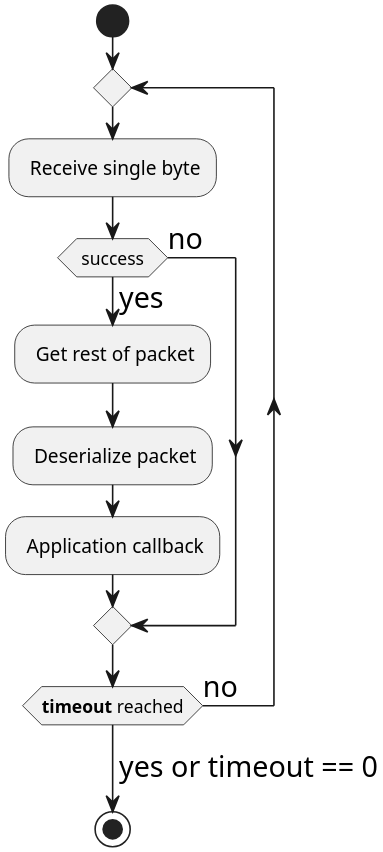
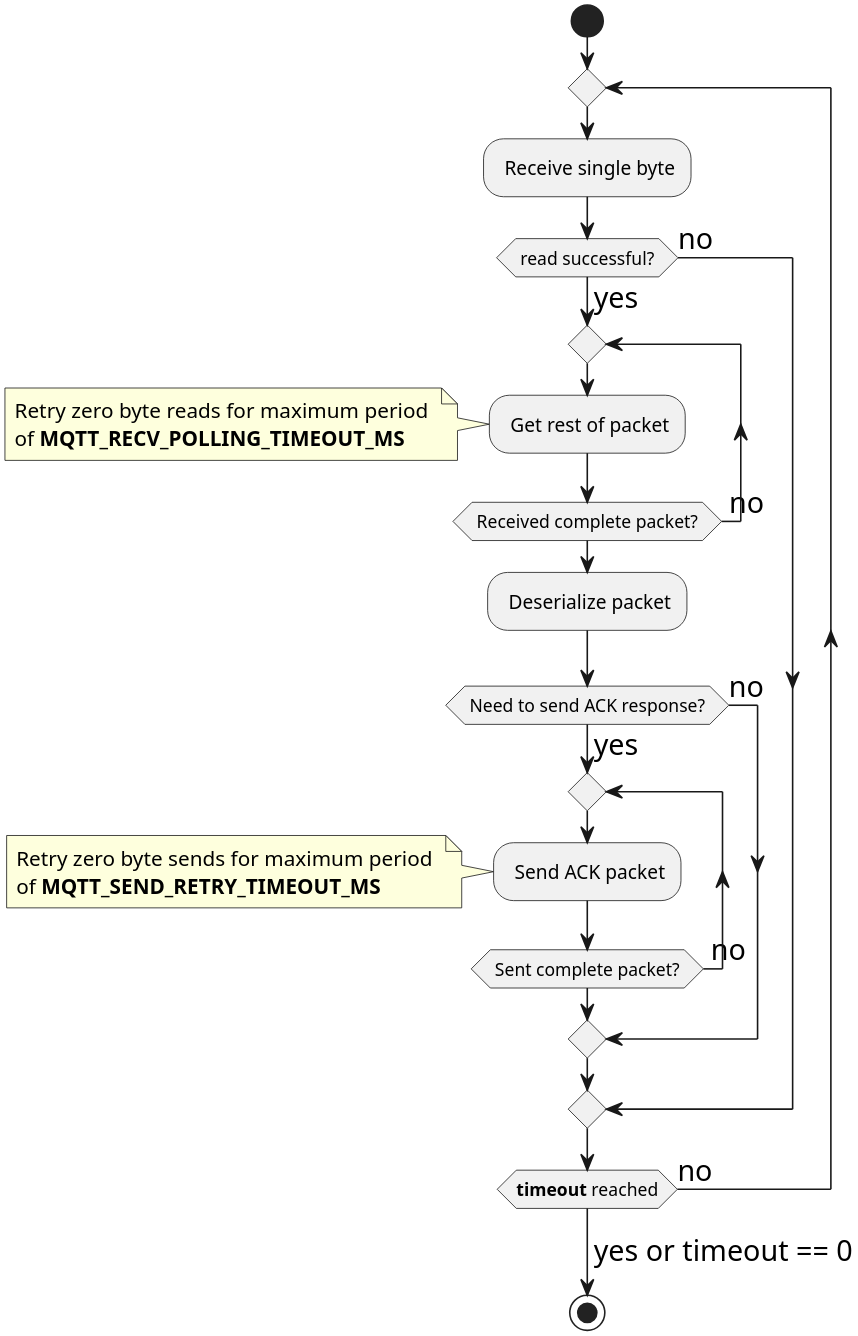
One commit to FreeRTOS/coreMQTT changed the diagram in docs/plantuml/mqtt_receiveloop_design.pu. Above: the diagram before and after it, drawn with PlantUML. The commit also changed 6 other files, not shown here.

```diff
--- a/docs/plantuml/mqtt_receiveloop_design.pu
+++ b/docs/plantuml/mqtt_receiveloop_design.pu
@@ -1,21 +1,30 @@
 @startuml
 skinparam dpi 300
 skinparam ArrowFontSize 18
 
 start
 
 repeat
 	: Receive single byte;
-    if( success ) then (yes)
-     	: Get rest of packet;
+    if( read successful? ) then (yes)
+    	repeat 
+     		: Get rest of packet;
+            note left: Retry zero byte reads for maximum period \nof **MQTT_RECV_POLLING_TIMEOUT_MS**
+        repeat while( Received complete packet? ) is ( no )
     	: Deserialize packet;
-        : Application callback;
+        if ( Need to send ACK response? ) then (yes)
+            repeat 
+            	: Send ACK packet;
+                note left: Retry zero byte sends for maximum period \nof **MQTT_SEND_RETRY_TIMEOUT_MS**
+            repeat while( Sent complete packet? ) is ( no )
+        else (no)
+        endif
     else (no)
     endif
 
 repeat while (**timeout** reached) is (no)
 -> yes or timeout == 0;
 
 stop
 
 @enduml
```
